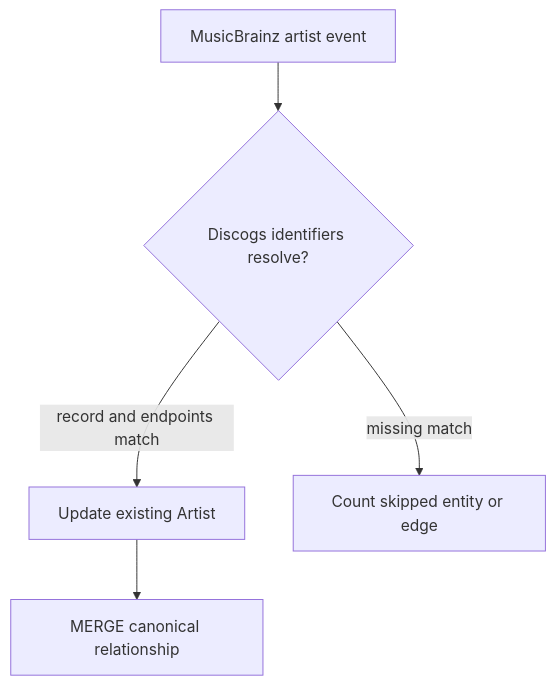
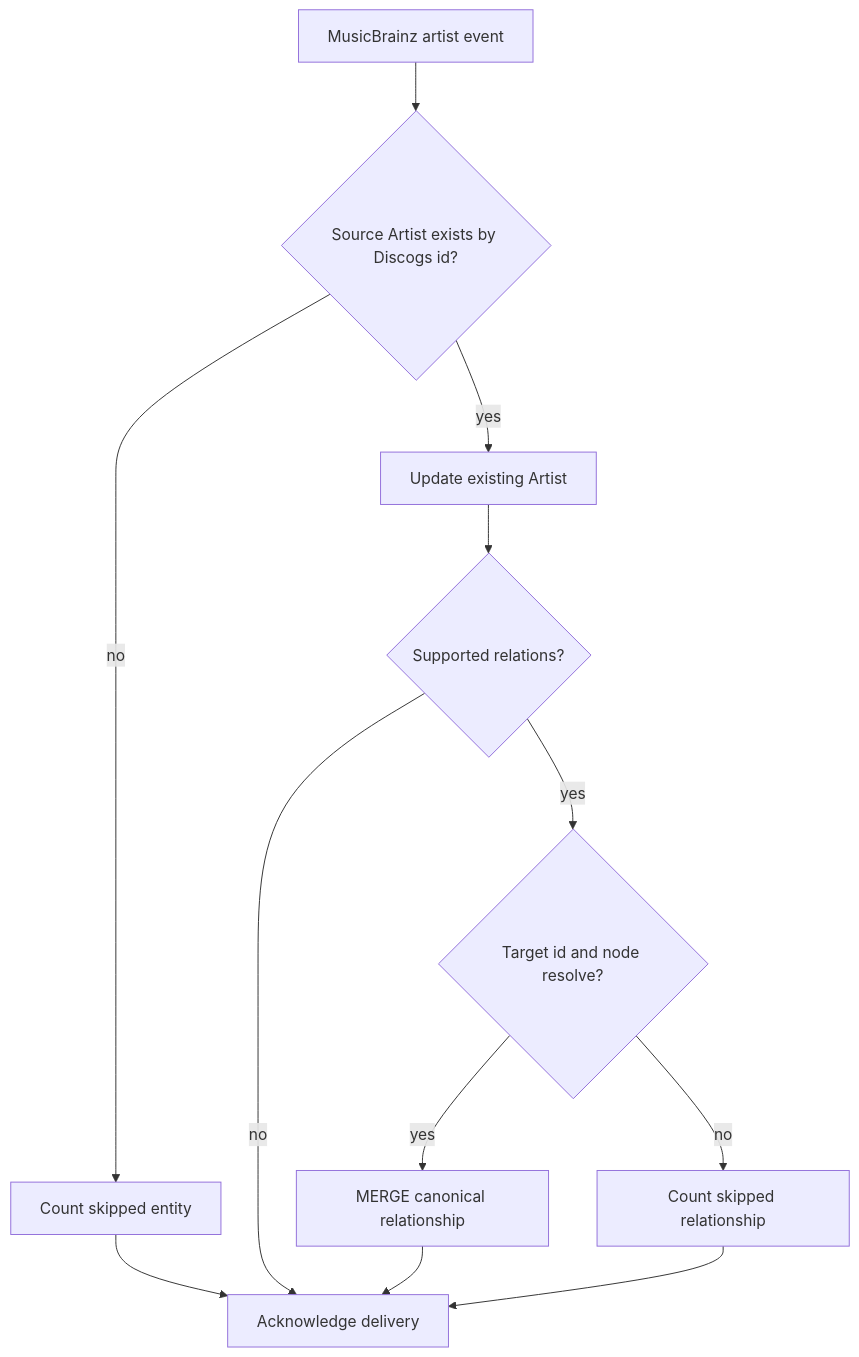
Before and after one commit to groovemap-music/musicbrainz-graph-enricher: the diagram in docs/graph-enrichment.md, drawn with Mermaid. The commit also changed other lines of this file and 7 other files, not shown here.

Commit message:
docs: reconcile MusicBrainz graph guidance

````diff
--- a/docs/graph-enrichment.md
+++ b/docs/graph-enrichment.md
@@ -38,12 +38,20 @@
 ```mermaid
 flowchart TD
     Event[MusicBrainz artist event]
-    Match{Discogs identifiers resolve?}
+    Match{Source Artist exists by Discogs id?}
     Node[Update existing Artist]
+    Relations{Supported relations?}
+    Target{Target id and node resolve?}
     Edge[MERGE canonical relationship]
-    Skip[Count skipped entity or edge]
+    EntitySkip[Count skipped entity]
+    EdgeSkip[Count skipped relationship]
+    Done[Acknowledge delivery]
 
     Event --> Match
-    Match -->|record and endpoints match| Node --> Edge
-    Match -->|missing match| Skip
+    Match -->|no| EntitySkip --> Done
+    Match -->|yes| Node --> Relations
+    Relations -->|no| Done
+    Relations -->|yes| Target
+    Target -->|yes| Edge --> Done
+    Target -->|no| EdgeSkip --> Done
 ```
````
